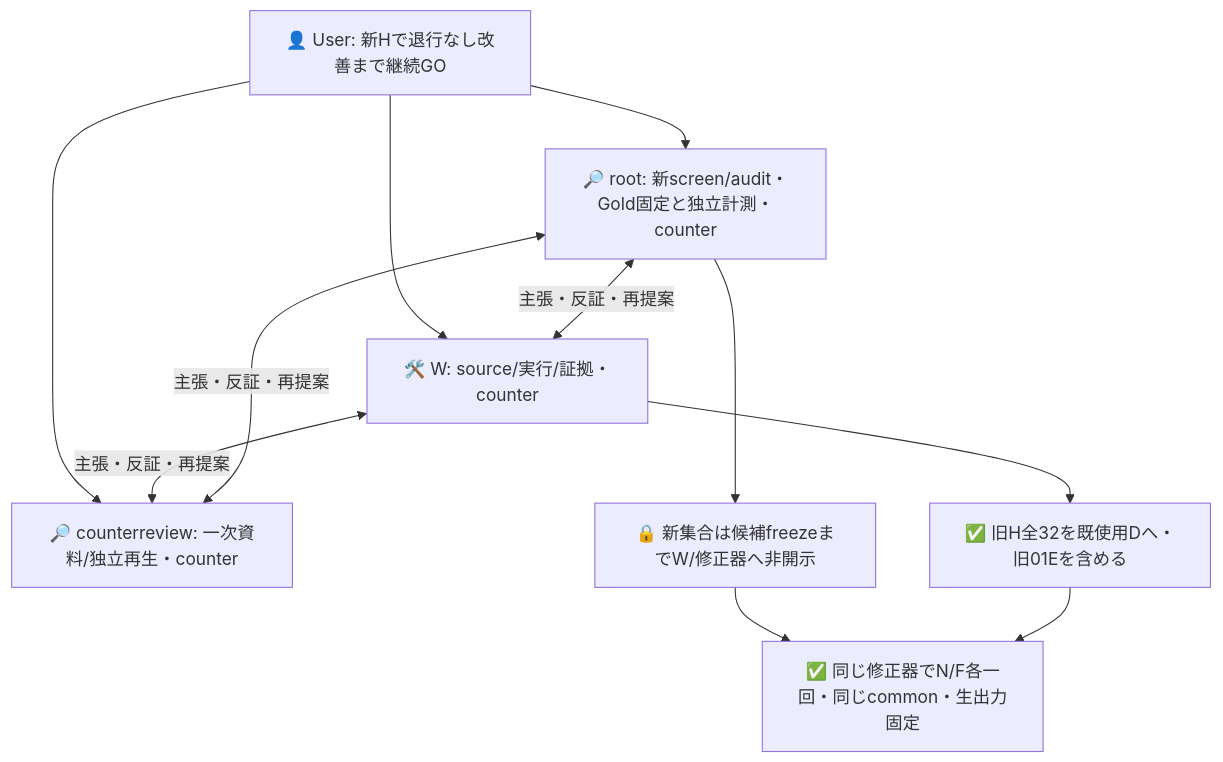
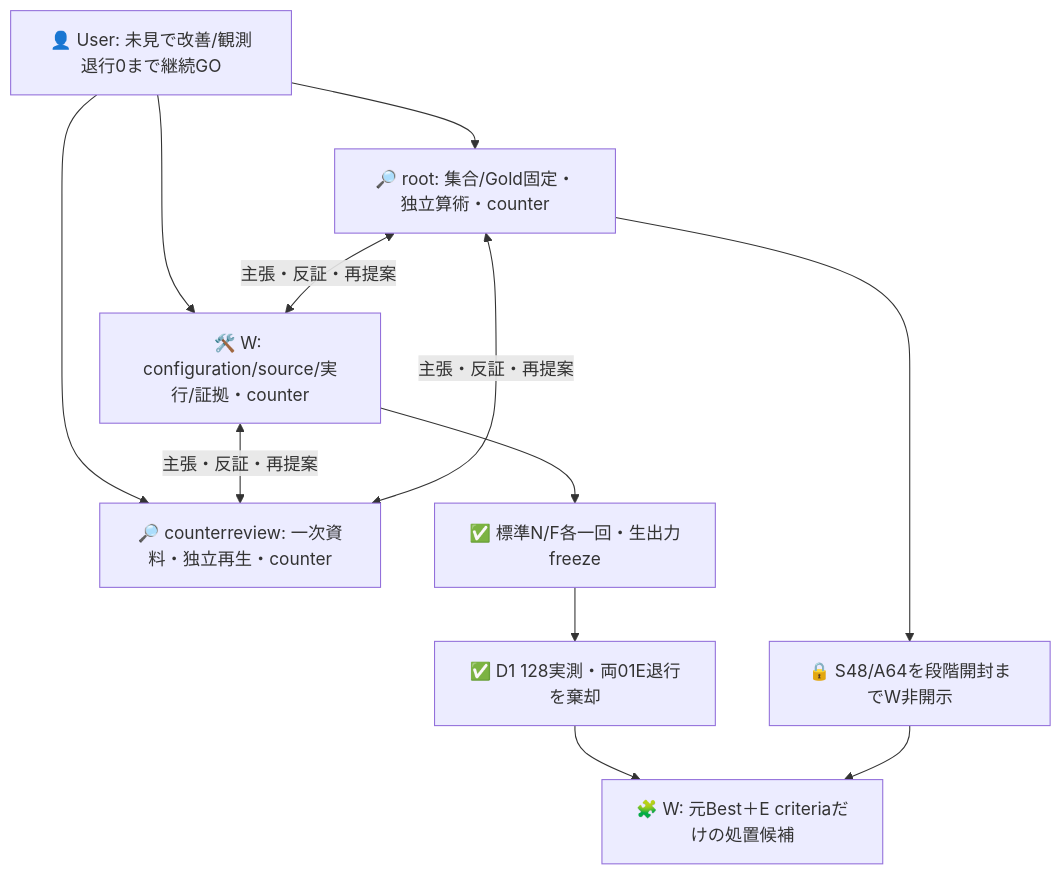
Before and after one commit to roccho-org/ops: the first of 2 diagrams in experiments/sys1-eval-loop/regression/README.md, drawn with Mermaid. The commit also changed other lines of this file and 20 other files, not shown here.

````diff
--- a/experiments/sys1-eval-loop/regression/README.md
+++ b/experiments/sys1-eval-loop/regression/README.md
@@ -21,13 +41,14 @@
 ```mermaid
 flowchart TB
-  U["👤 User: 新Hで退行なし改善まで継続GO"] --> R["🔎 root: 新screen/audit・Gold固定と独立計測・counter"]
-  U --> W["🛠️ W: source/実行/証拠・counter"]
-  U --> C["🔎 counterreview: 一次資料/独立再生・counter"]
+  U["👤 User: 未見で改善/観測退行0まで継続GO"] --> R["🔎 root: 集合/Gold固定・独立算術・counter"]
+  U --> W["🛠️ W: configuration/source/実行/証拠・counter"]
+  U --> C["🔎 counterreview: 一次資料・独立再生・counter"]
   R <-->|主張・反証・再提案| W
   W <-->|主張・反証・再提案| C
   C <-->|主張・反証・再提案| R
-  R --> K["🔒 新集合は候補freezeまでW/修正器へ非開示"]
-  W --> D["✅ 旧H全32を既使用Dへ・旧01Eを含める"]
-  K --> F["✅ 同じ修正器でN/F各一回・同じcommon・生出力固定"]
-  D --> F
+  R --> K["🔒 S48/A64を段階開封までW非開示"]
+  W --> B["✅ 標準N/F各一回・生出力freeze"]
+  B --> D["✅ D1 128実測・両01E退行を棄却"]
+  D --> P["🧩 W: 元Best＋E criteriaだけの処置候補"]
+  K --> P
 ```
````
